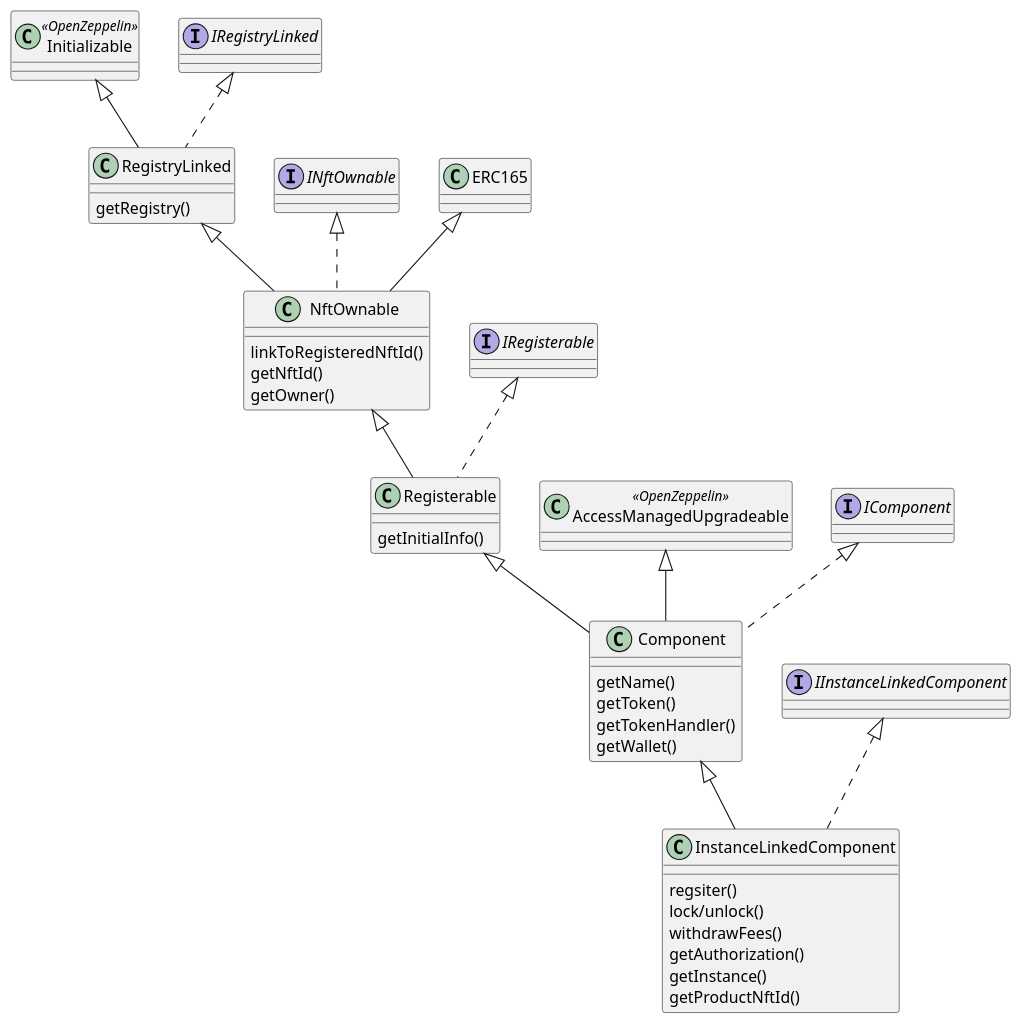
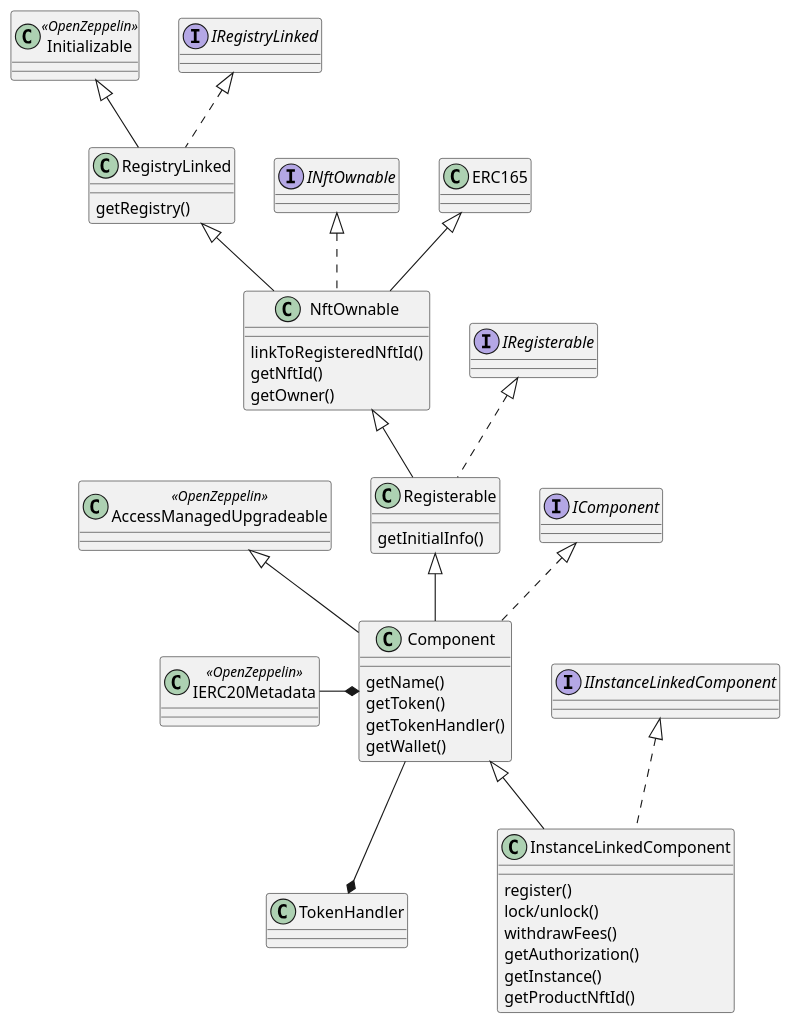
The diagram in docs/modules/ROOT/images/component-diagram.puml (etherisc/gif-next), drawn with PlantUML before and after one commit. The commit also changed 9 other files, not shown here.

```diff
--- a/docs/modules/ROOT/images/component-diagram.puml
+++ b/docs/modules/ROOT/images/component-diagram.puml
@@ -1,38 +1,43 @@
 @startuml
 
 class Initializable <<OpenZeppelin>>
 class AccessManagedUpgradeable <<OpenZeppelin>>
 
 class RegistryLinked implements IRegistryLinked
 class RegistryLinked extends Initializable
 RegistryLinked : getRegistry()
 
 class NftOwnable implements INftOwnable
 class NftOwnable extends RegistryLinked
 class NftOwnable extends ERC165
 NftOwnable : linkToRegisteredNftId()
 NftOwnable : getNftId()
 NftOwnable : getOwner()
 
 class Registerable implements IRegisterable
 class Registerable extends NftOwnable
 Registerable : getInitialInfo()
 
 class Component implements IComponent
 class Component extends Registerable
 class Component extends AccessManagedUpgradeable
 Component : getName()
 Component : getToken()
 Component : getTokenHandler()
 Component : getWallet()
 
+class IERC20Metadata  <<OpenZeppelin>>
+IERC20Metadata -* Component
+Component --* TokenHandler
+IERC20Metadata -[hidden]- TokenHandler
+
 class InstanceLinkedComponent implements IInstanceLinkedComponent
 class InstanceLinkedComponent extends Component
-InstanceLinkedComponent : regsiter()
+InstanceLinkedComponent : register()
 InstanceLinkedComponent : lock/unlock()
 InstanceLinkedComponent : withdrawFees()
 InstanceLinkedComponent : getAuthorization()
 InstanceLinkedComponent : getInstance()
 InstanceLinkedComponent : getProductNftId()
 
 @enduml
```
